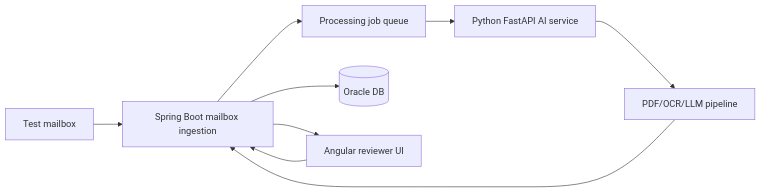
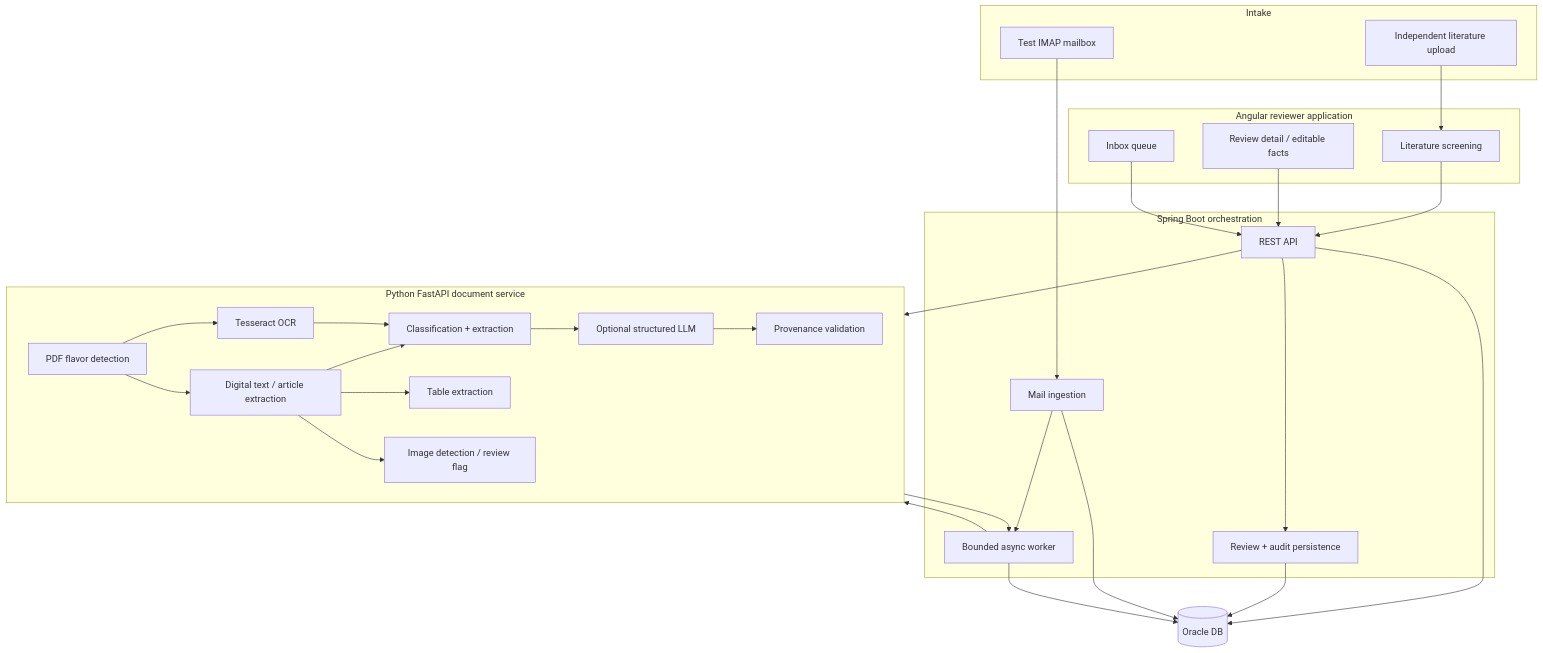
One commit to Aravindh-dev12/clinevo-inbox-ai changed the first of 2 diagrams in docs/ARCHITECTURE.md. Above: the diagram before and after it, drawn with Mermaid. The commit also changed other lines of this file and 7 other files, not shown here.

First line of the commit message:
docs: complete README, architecture and submission package (#20)

````diff
--- a/docs/ARCHITECTURE.md
+++ b/docs/ARCHITECTURE.md
@@ -9,11 +9,49 @@
 ```mermaid
-flowchart LR
-    M[Test mailbox] --> B[Spring Boot mailbox ingestion]
-    B --> Q[Processing job queue]
-    Q --> P[Python FastAPI AI service]
-    P --> X[PDF/OCR/LLM pipeline]
-    X --> B
-    B --> O[(Oracle DB)]
-    A[Angular reviewer UI] --> B
-    B --> A
+flowchart TB
+  subgraph Intake
+    MB[Test IMAP mailbox]
+    LU[Independent literature upload]
+  end
+
+  subgraph UI[Angular reviewer application]
+    Q[Inbox queue]
+    R[Review detail / editable facts]
+    L[Literature screening]
+  end
+
+  subgraph API[Spring Boot orchestration]
+    MI[Mail ingestion]
+    REST[REST API]
+    W[Bounded async worker]
+    AUD[Review + audit persistence]
+  end
+
+  subgraph AI[Python FastAPI document service]
+    DT[PDF flavor detection]
+    TXT[Digital text / article extraction]
+    OCR[Tesseract OCR]
+    TAB[Table extraction]
+    IMG[Image detection / review flag]
+    CLS[Classification + extraction]
+    SLLM[Optional structured LLM]
+    PROV[Provenance validation]
+  end
+
+  DB[(Oracle DB)]
+
+  MB --> MI --> DB
+  MI --> W --> AI
+  AI --> W --> DB
+  Q --> REST
+  R --> REST
+  REST --> DB
+  REST --> AUD --> DB
+  LU --> L --> REST --> AI
+  DT --> TXT
+  DT --> OCR
+  TXT --> CLS
+  OCR --> CLS
+  TXT --> TAB
+  TXT --> IMG
+  CLS --> SLLM --> PROV
 ```
````
